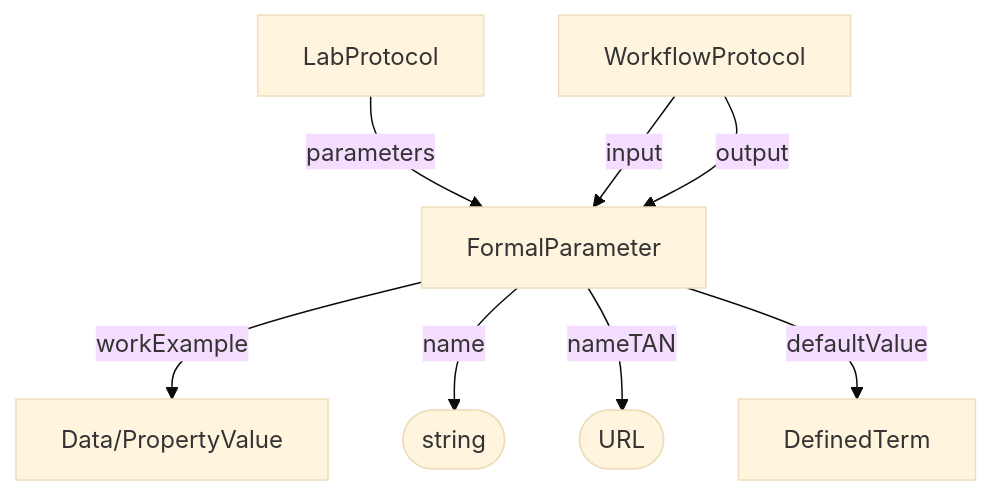
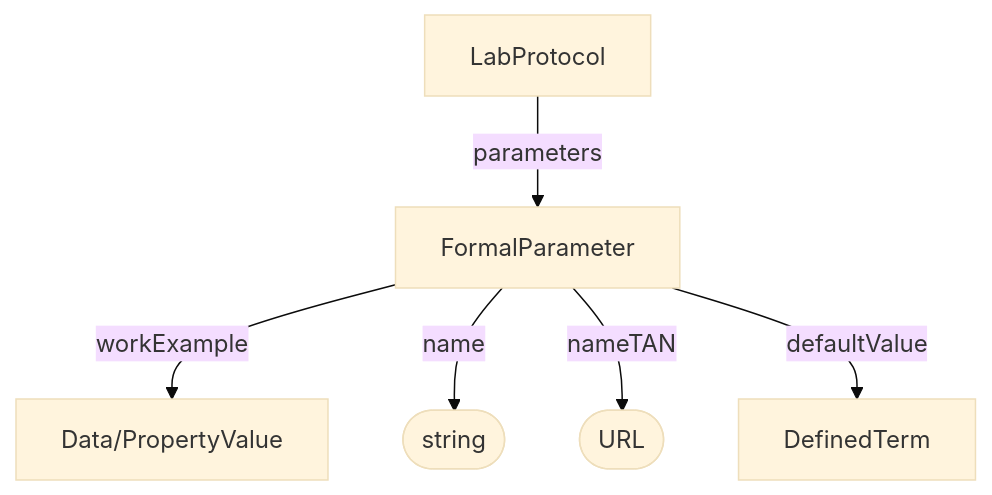
One commit to HLWeil/ProcessCore changed the diagram in spec/core/FormalParameter.md. Above: the diagram before and after it, drawn with Mermaid (base theme). The commit also changed other lines of this file and 8 other files, not shown here.

````diff
--- a/spec/core/FormalParameter.md
+++ b/spec/core/FormalParameter.md
@@ -21,14 +19,12 @@
 ```mermaid
 flowchart TD
 
     na@{ shape: stadium, label: "string" }
     nt@{ shape: stadium, label: "URL" }
 
     LabProtocol --parameters--> FormalParameter
-    WorkflowProtocol --input--> FormalParameter
-    WorkflowProtocol --"output"--> FormalParameter
     FormalParameter --workExample--> Data/PropertyValue
     FormalParameter --name--> na
     FormalParameter --nameTAN--> nt
     FormalParameter --defaultValue--> DefinedTerm
 ```
````
